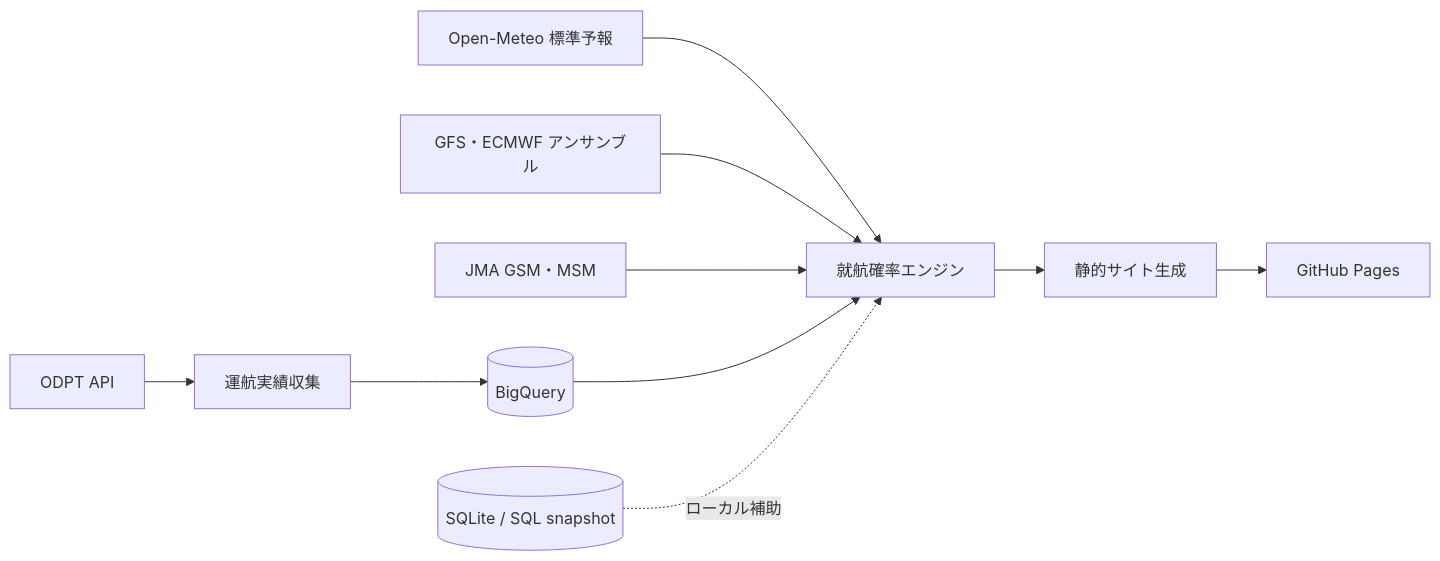
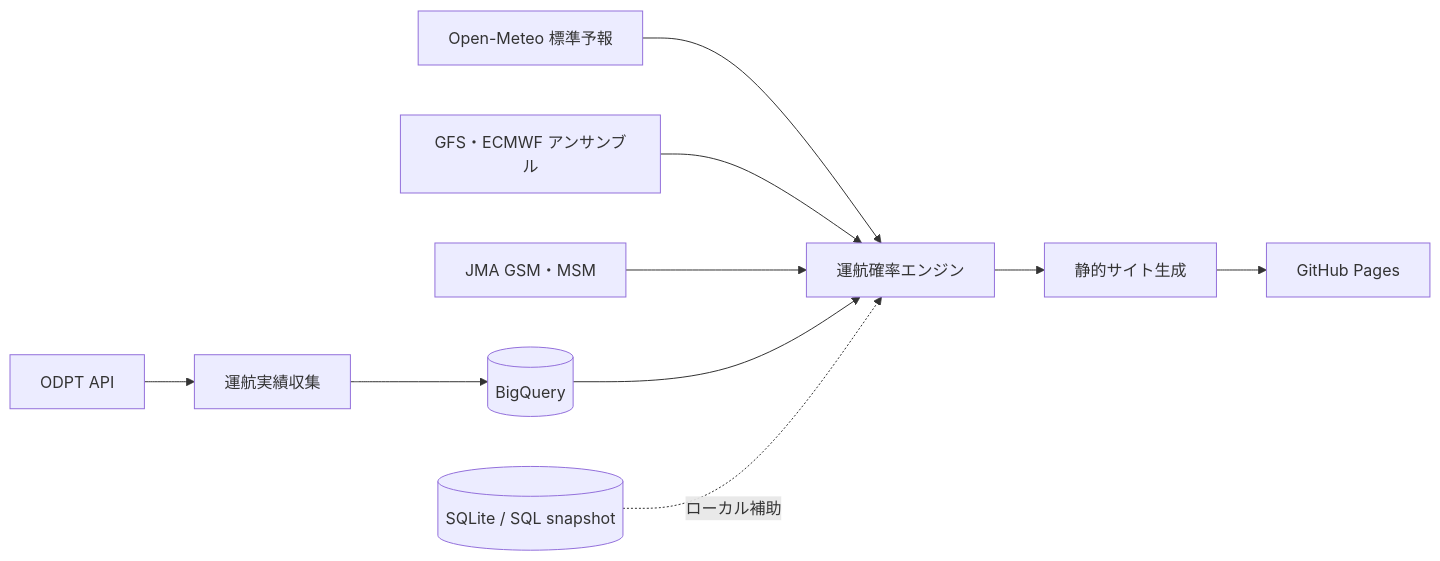
Before and after one commit to toyo1621/8jo-flight-forecast-bot: the diagram in README.md, drawn with Mermaid. The commit also changed other lines of this file and 1 other file, not shown here.

````diff
--- a/README.md
+++ b/README.md
@@ -30,12 +33,12 @@
 ```mermaid
 flowchart LR
     O[ODPT API] --> C[運航実績収集]
-    M[Open-Meteo 標準予報] --> P[就航確率エンジン]
+    M[Open-Meteo 標準予報] --> P[運航確率エンジン]
     E[GFS・ECMWF アンサンブル] --> P
     J[JMA GSM・MSM] --> P
     C --> Q[(BigQuery)]
     Q --> P
     S[(SQLite / SQL snapshot)] -. ローカル補助 .-> P
     P --> B[静的サイト生成]
     B --> G[GitHub Pages]
 ```
````
